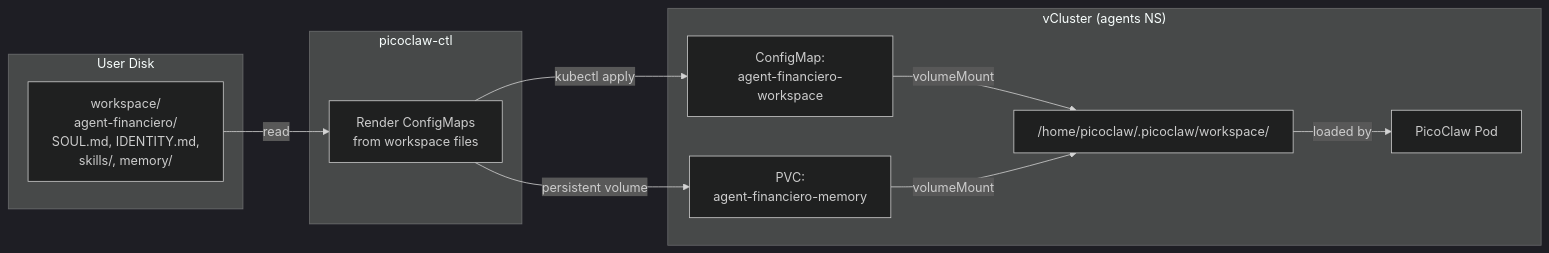
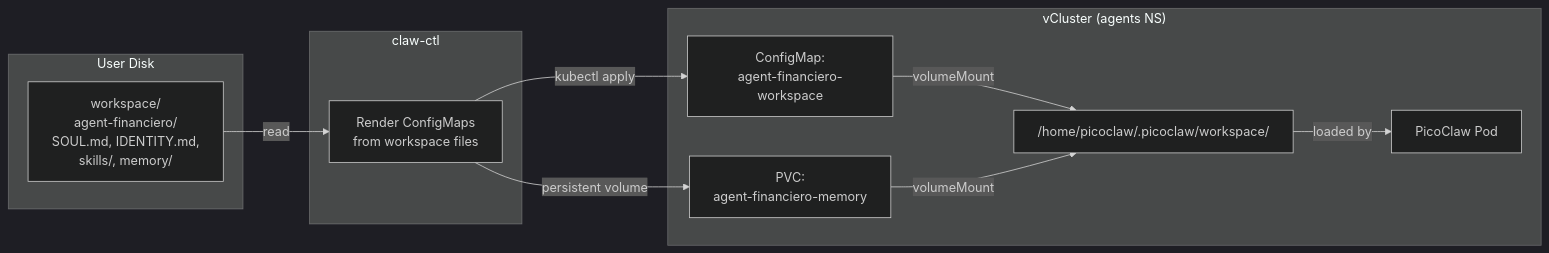
The fourth of 5 diagrams in docs/DESIGN.md (ai-agent-ship-it/claw-ctl), drawn with Mermaid (dark theme) before and after one commit. The commit also changed other lines of this file and 7 other files, not shown here.

Commit message:
refactor: rename picoclaw-ctl → claw-ctl across all files

````diff
--- a/docs/DESIGN.md
+++ b/docs/DESIGN.md
@@ -289,24 +289,24 @@
 ```mermaid
 graph LR
   subgraph "User Disk"
     FILES["workspace/<br/>agent-financiero/<br/>SOUL.md, IDENTITY.md,<br/>skills/, memory/"]
   end
 
-  subgraph "picoclaw-ctl"
+  subgraph "claw-ctl"
     RENDER["Render ConfigMaps<br/>from workspace files"]
   end
 
   subgraph "vCluster (agents NS)"
     CM_SOUL["ConfigMap:<br/>agent-financiero-workspace"]
     PVC["PVC:<br/>agent-financiero-memory"]
     POD["PicoClaw Pod"]
     MOUNT_WS["/home/picoclaw/.picoclaw/workspace/"]
   end
 
   FILES -->|"read"| RENDER
   RENDER -->|"kubectl apply"| CM_SOUL
   RENDER -->|"persistent volume"| PVC
   CM_SOUL -->|"volumeMount"| MOUNT_WS
   PVC -->|"volumeMount"| MOUNT_WS
   MOUNT_WS -->|"loaded by"| POD
 ```
````
